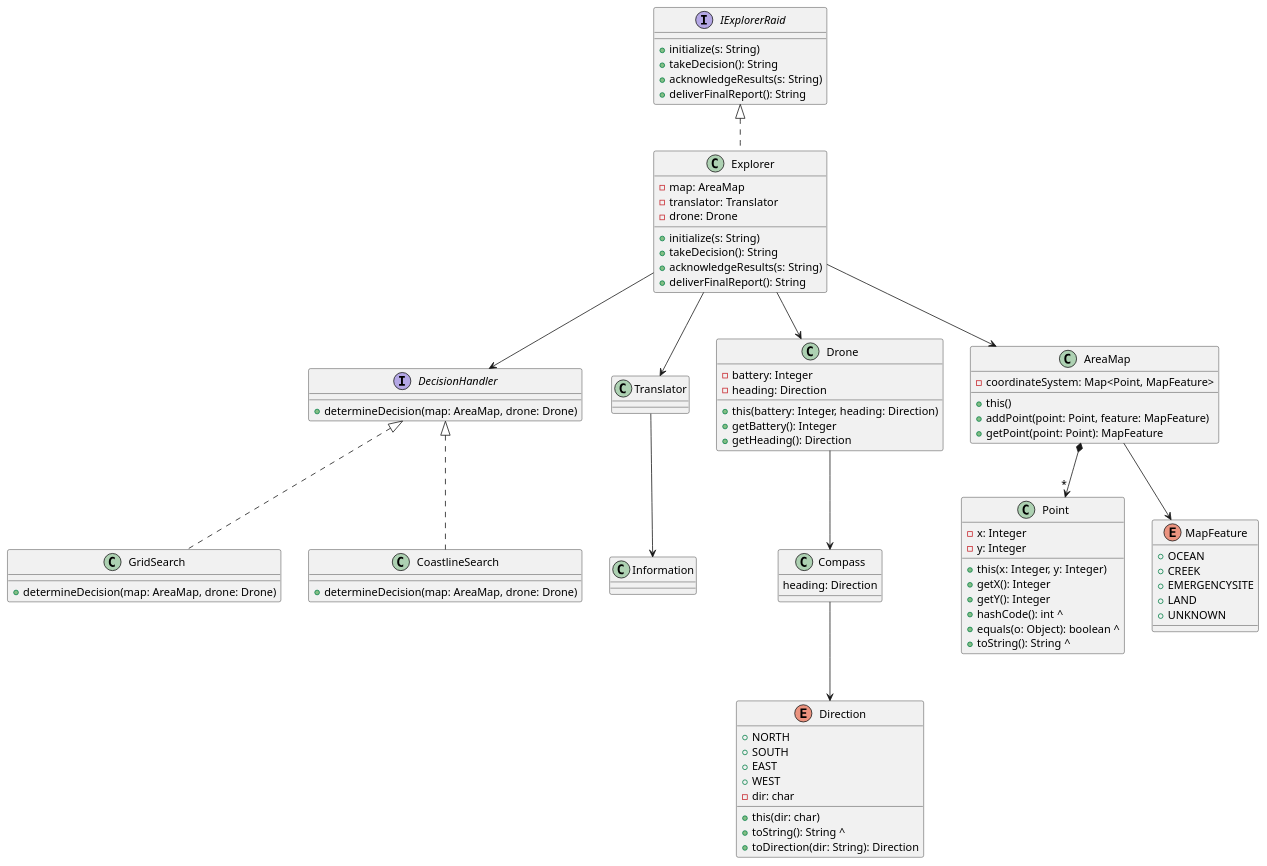
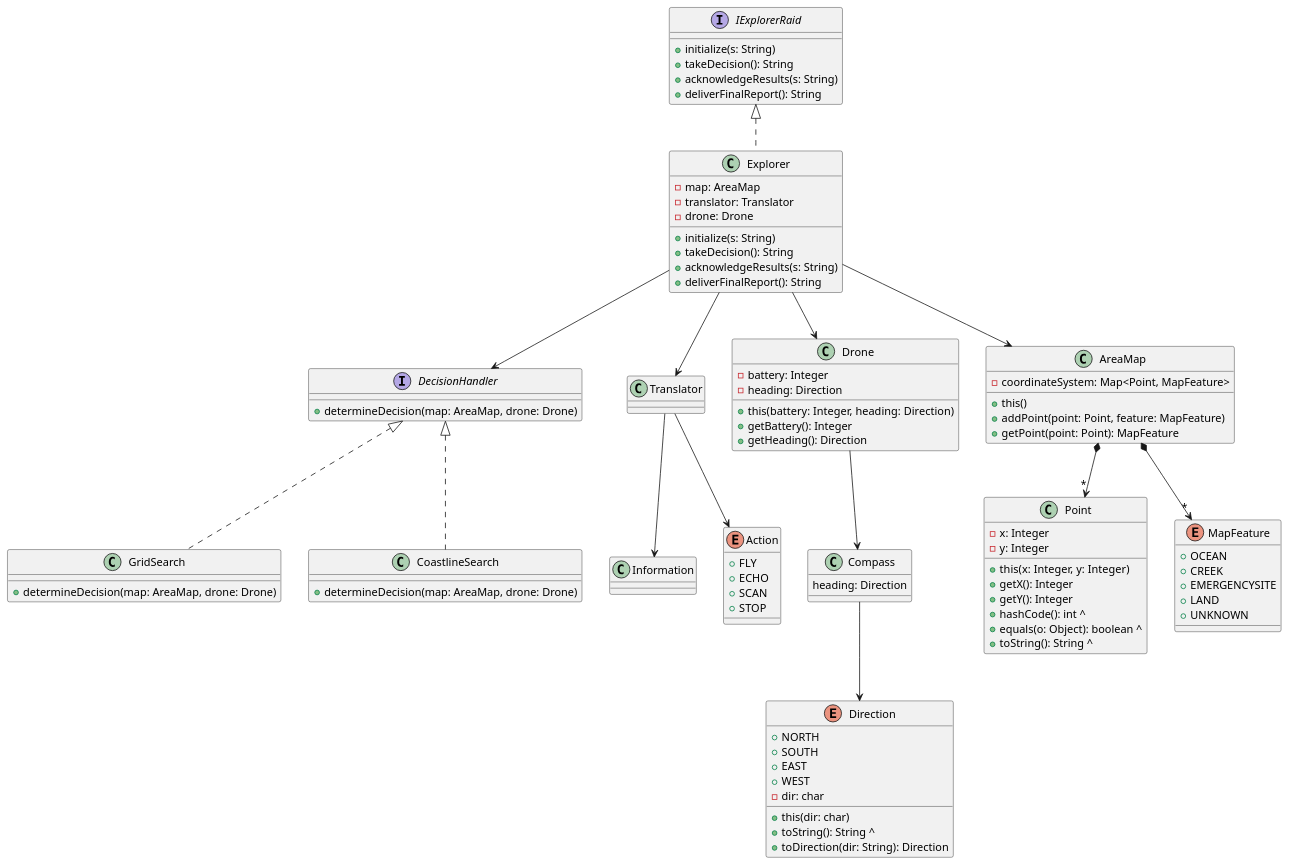
One commit to AHMEDELZARIA/RescueMission changed the diagram in UML/structure.puml. Above: the diagram before and after it, drawn with PlantUML. The commit also changed 8 other files, not shown here.

Commit message:
Setup the state diagram structure for the exploration of the drone, next step is to determine exact states, and UML is updated, close #14

```diff
--- a/UML/structure.puml
+++ b/UML/structure.puml
@@ -1,89 +1,96 @@
 @startuml structure
 
 interface IExplorerRaid {
     +initialize(s: String)
     +takeDecision(): String
     +acknowledgeResults(s: String)
     +deliverFinalReport(): String
 }
 interface DecisionHandler {
     +determineDecision(map: AreaMap, drone: Drone)
 }
 
 class Explorer {
     -map: AreaMap
     -translator: Translator
     -drone: Drone
 
     +initialize(s: String)
     +takeDecision(): String
     +acknowledgeResults(s: String)
     +deliverFinalReport(): String
 } 
 class Translator
 class Information
 class Drone {
     -battery: Integer
     -heading: Direction
     +this(battery: Integer, heading: Direction)
     +getBattery(): Integer
     +getHeading(): Direction
 } 
 class Compass {
     heading: Direction
 }
 class Point {
     -x: Integer
     -y: Integer
     +this(x: Integer, y: Integer)
     +getX(): Integer
     +getY(): Integer
     +hashCode(): int ^
     +equals(o: Object): boolean ^
     +toString(): String ^
 }
 class GridSearch {
     +determineDecision(map: AreaMap, drone: Drone)
 }
 class CoastlineSearch {
     +determineDecision(map: AreaMap, drone: Drone)
 }
 class AreaMap {
     -coordinateSystem: Map<Point, MapFeature>
     +this()
     +addPoint(point: Point, feature: MapFeature)
     +getPoint(point: Point): MapFeature
 }
 
 enum Direction {
     +NORTH
     +SOUTH 
     +EAST 
     +WEST
     -dir: char
     +this(dir: char)
     +toString(): String ^
     +toDirection(dir: String): Direction
 }
 enum MapFeature {
     +OCEAN
     +CREEK 
     +EMERGENCYSITE
     +LAND
     +UNKNOWN
 }
+enum Action {
+    +FLY
+    +ECHO
+    +SCAN 
+    +STOP
+}
 
 IExplorerRaid <|.. Explorer
 Explorer --> Translator
 Translator --> Information
+Translator --> Action
 Explorer --> Drone
 Drone --> Compass
 Compass --> Direction
 Explorer --> AreaMap
 AreaMap *--> "*" Point
-AreaMap --> MapFeature
+AreaMap *--> "*" MapFeature
 Explorer --> DecisionHandler
 DecisionHandler <|.. GridSearch
 DecisionHandler <|.. CoastlineSearch
 
 @enduml
```
